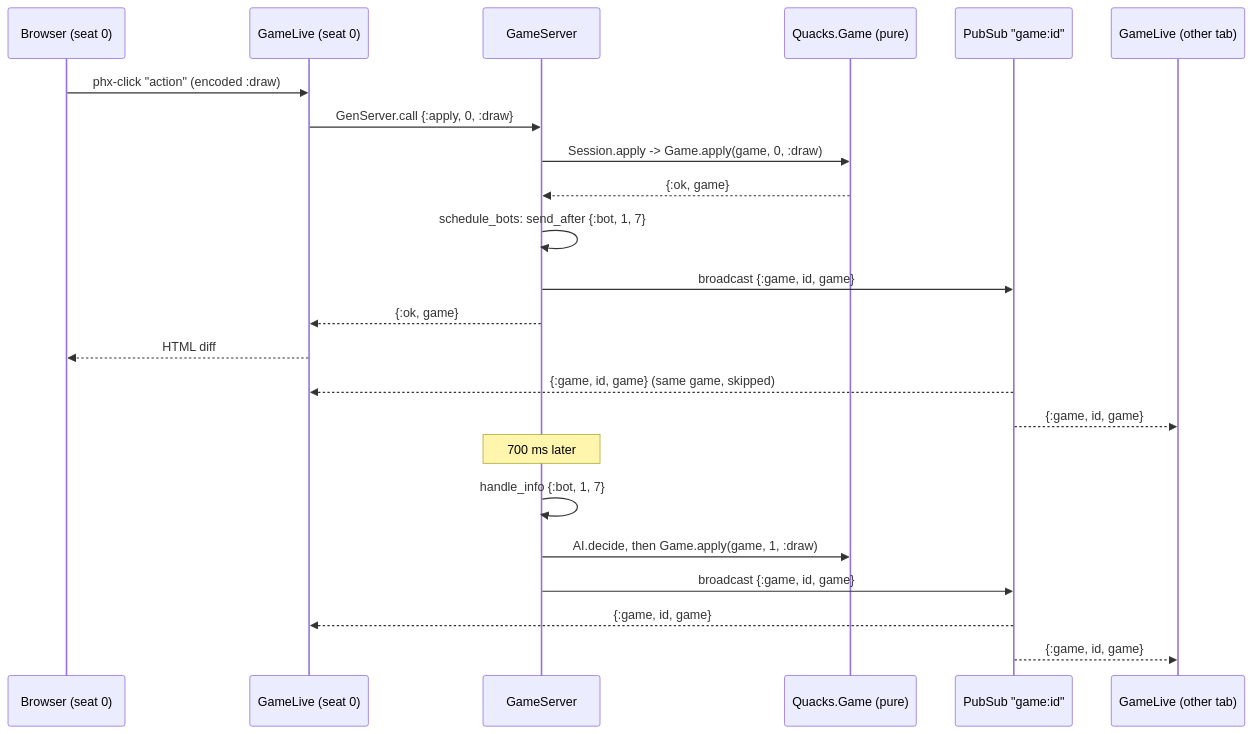
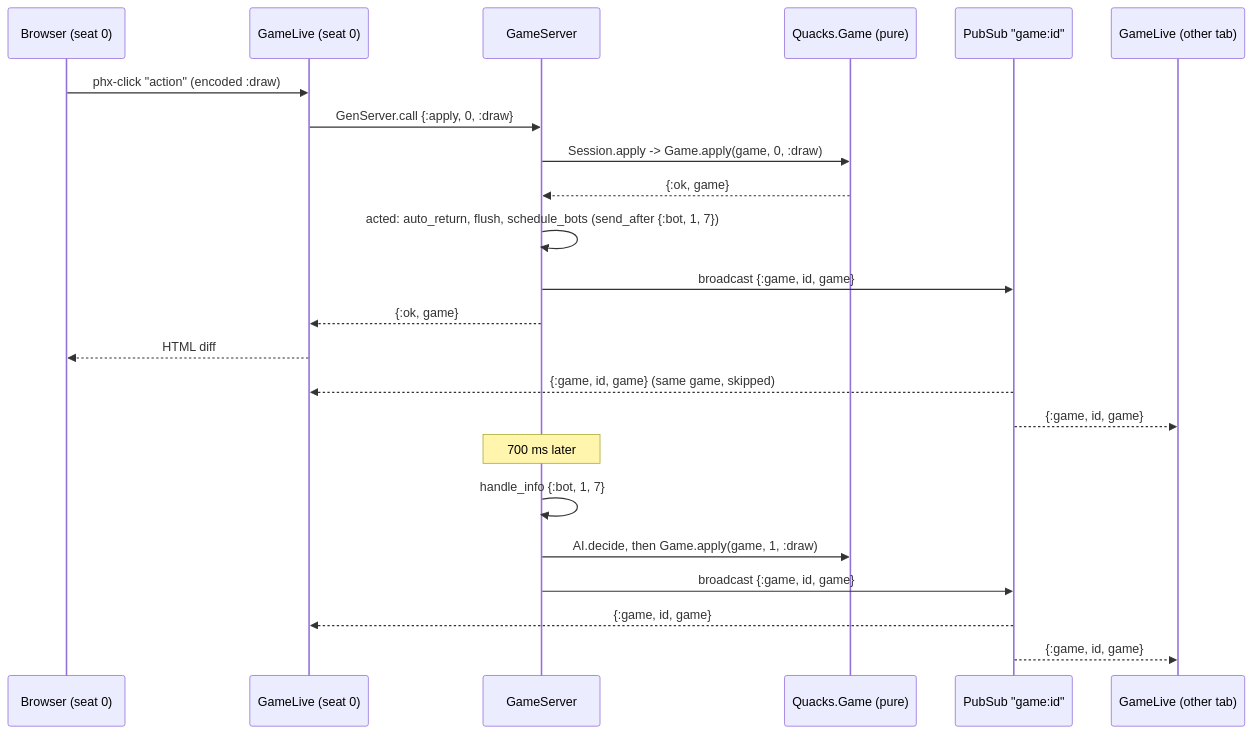
The diagram in docs/guide/04-gameserver.md (xylophonehero/quacks-elixir), drawn with Mermaid before and after one commit. The commit also changed other lines of this file and 9 other files, not shown here.

````diff
--- a/docs/guide/04-gameserver.md
+++ b/docs/guide/04-gameserver.md
@@ -309,26 +420,26 @@
 ```mermaid
 sequenceDiagram
   participant B as Browser (seat 0)
   participant LV as GameLive (seat 0)
   participant GS as GameServer
   participant E as Quacks.Game (pure)
   participant PS as PubSub "game:id"
   participant LV2 as GameLive (other tab)
 
   B->>LV: phx-click "action" (encoded :draw)
   LV->>GS: GenServer.call {:apply, 0, :draw}
   GS->>E: Session.apply -> Game.apply(game, 0, :draw)
   E-->>GS: {:ok, game}
-  GS->>GS: schedule_bots: send_after {:bot, 1, 7}
+  GS->>GS: acted: auto_return, flush, schedule_bots (send_after {:bot, 1, 7})
   GS->>PS: broadcast {:game, id, game}
   GS-->>LV: {:ok, game}
   LV-->>B: HTML diff
   PS-->>LV: {:game, id, game} (same game, skipped)
   PS-->>LV2: {:game, id, game}
   Note over GS: 700 ms later
   GS->>GS: handle_info {:bot, 1, 7}
   GS->>E: AI.decide, then Game.apply(game, 1, :draw)
   GS->>PS: broadcast {:game, id, game}
   PS-->>LV: {:game, id, game}
   PS-->>LV2: {:game, id, game}
 ```
````
